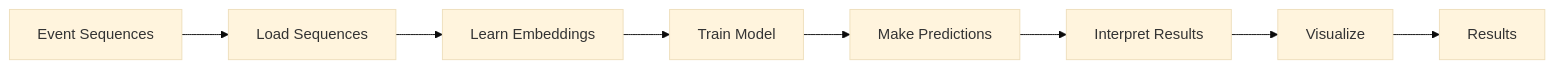
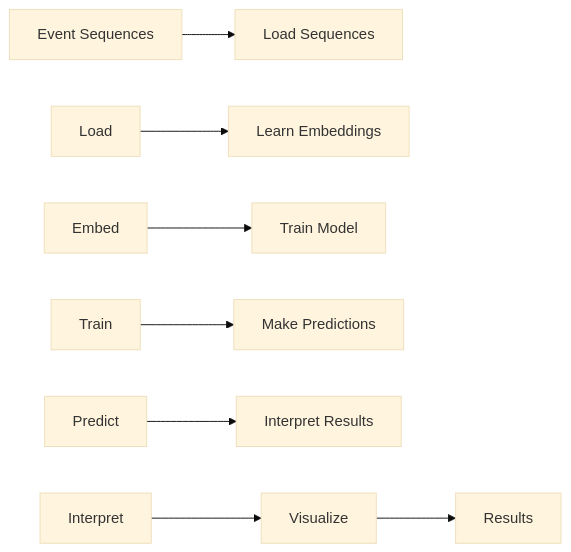
One commit to docxology/MetaInformAnt changed the second of 2 diagrams in src/metainformant/life_events/README.md. Above: the diagram before and after it, drawn with Mermaid (base theme). The commit also changed other lines of this file and 611 other files, not shown here.

````diff
--- a/src/metainformant/life_events/README.md
+++ b/src/metainformant/life_events/README.md
@@ -50,10 +50,10 @@
 ```mermaid
 flowchart LR
-    Start[Event Sequences] --> Load[Load Sequences]
-    Load --> Embed[Learn Embeddings]
-    Embed --> Train[Train Model]
-    Train --> Predict[Make Predictions]
-    Predict --> Interpret[Interpret Results]
+    StarteventSequences[Event Sequences] --> LoadloadSequences[Load Sequences]
+    Load --> EmbedlearnEmbeddings[Learn Embeddings]
+    Embed --> TraintrainModel[Train Model]
+    Train --> PredictmakePredictions[Make Predictions]
+    Predict --> InterpretinterpretResults[Interpret Results]
     Interpret --> Visualize[Visualize]
     Visualize --> Output[Results]
 ```
````
